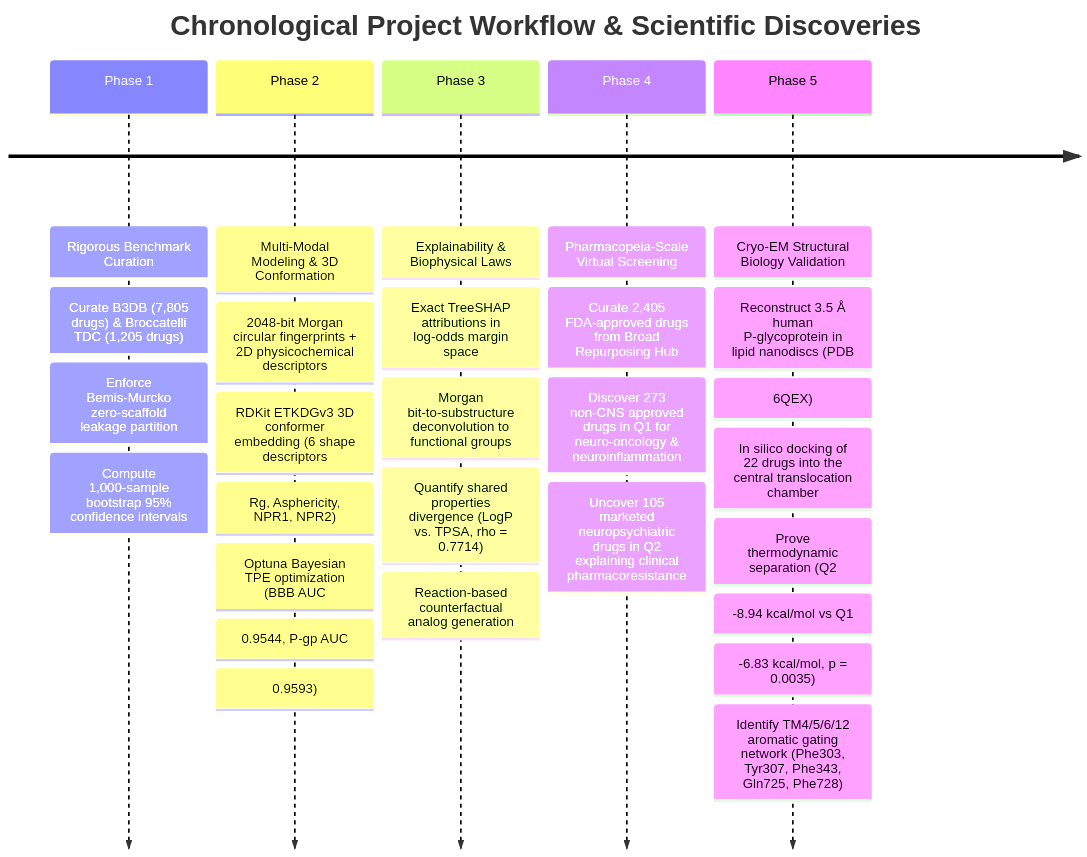
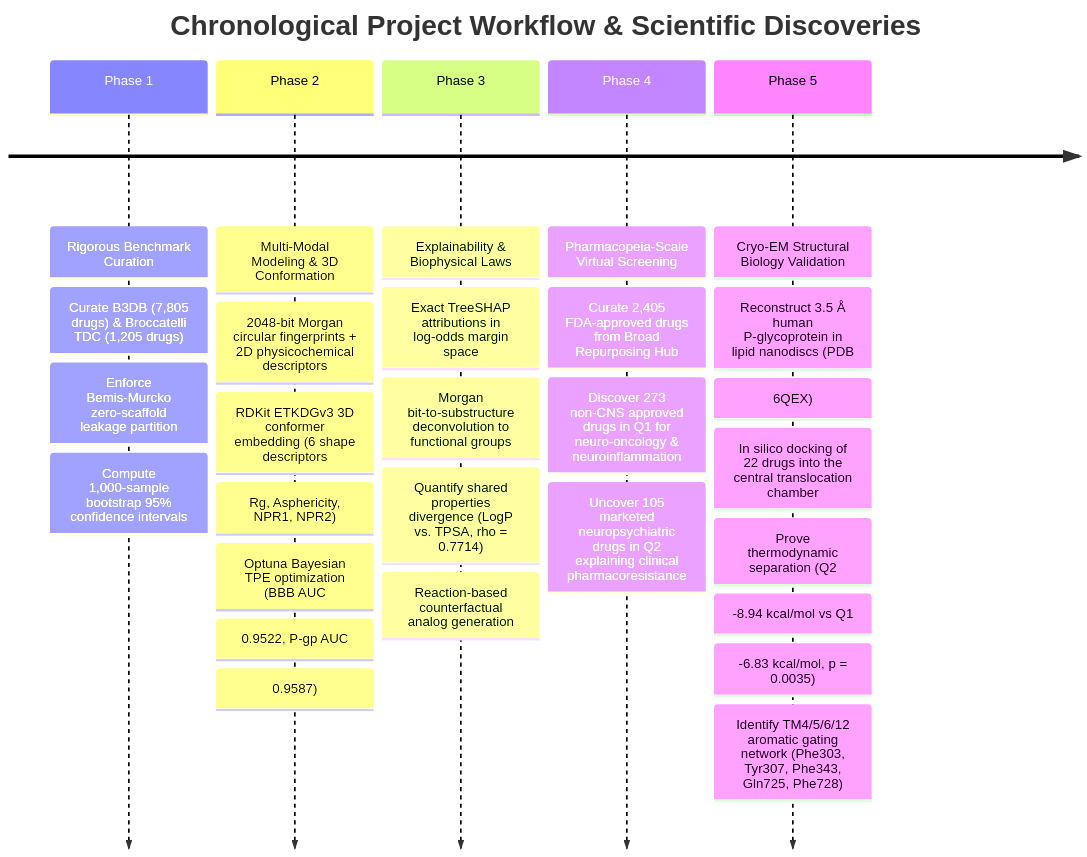
One commit to duvvasaivivek/BioInformatics-Research-Project changed the first of 2 diagrams in README.md. Above: the diagram before and after it, drawn with Mermaid. The commit also changed other lines of this file and 37 other files, not shown here.

````diff
--- a/README.md
+++ b/README.md
@@ -55,9 +55,9 @@
 ```mermaid
 timeline
     title Chronological Project Workflow & Scientific Discoveries
     Phase 1 : Rigorous Benchmark Curation : Curate B3DB (7,805 drugs) & Broccatelli TDC (1,205 drugs) : Enforce Bemis-Murcko zero-scaffold leakage partition : Compute 1,000-sample bootstrap 95% confidence intervals
-    Phase 2 : Multi-Modal Modeling & 3D Conformation : 2048-bit Morgan circular fingerprints + 2D physicochemical descriptors : RDKit ETKDGv3 3D conformer embedding (6 shape descriptors: Rg, Asphericity, NPR1, NPR2) : Optuna Bayesian TPE optimization (BBB AUC: 0.9544, P-gp AUC: 0.9593)
+    Phase 2 : Multi-Modal Modeling & 3D Conformation : 2048-bit Morgan circular fingerprints + 2D physicochemical descriptors : RDKit ETKDGv3 3D conformer embedding (6 shape descriptors: Rg, Asphericity, NPR1, NPR2) : Optuna Bayesian TPE optimization (BBB AUC: 0.9522, P-gp AUC: 0.9587)
     Phase 3 : Explainability & Biophysical Laws : Exact TreeSHAP attributions in log-odds margin space : Morgan bit-to-substructure deconvolution to functional groups : Quantify shared properties divergence (LogP vs. TPSA, rho = 0.7714) : Reaction-based counterfactual analog generation
     Phase 4 : Pharmacopeia-Scale Virtual Screening : Curate 2,405 FDA-approved drugs from Broad Repurposing Hub : Discover 273 non-CNS approved drugs in Q1 for neuro-oncology & neuroinflammation : Uncover 105 marketed neuropsychiatric drugs in Q2 explaining clinical pharmacoresistance
     Phase 5 : Cryo-EM Structural Biology Validation : Reconstruct 3.5 Å human P-glycoprotein in lipid nanodiscs (PDB: 6QEX) : In silico docking of 22 drugs into the central translocation chamber : Prove thermodynamic separation (Q2: -8.94 kcal/mol vs Q1: -6.83 kcal/mol, p = 0.0035) : Identify TM4/5/6/12 aromatic gating network (Phe303, Tyr307, Phe343, Gln725, Phe728)
 ```
````
